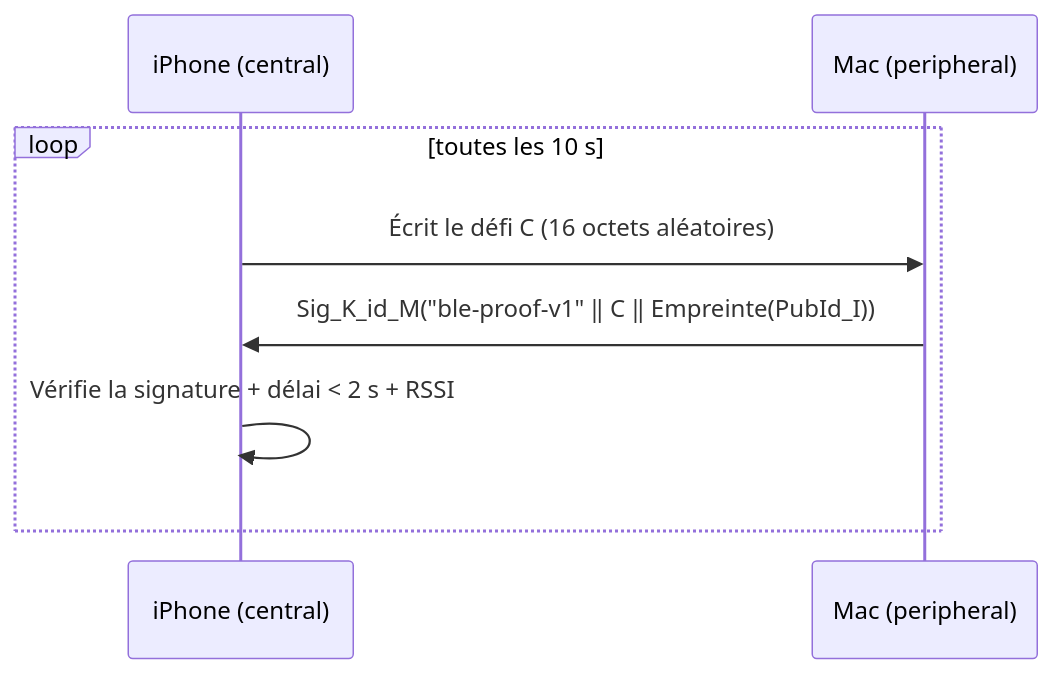
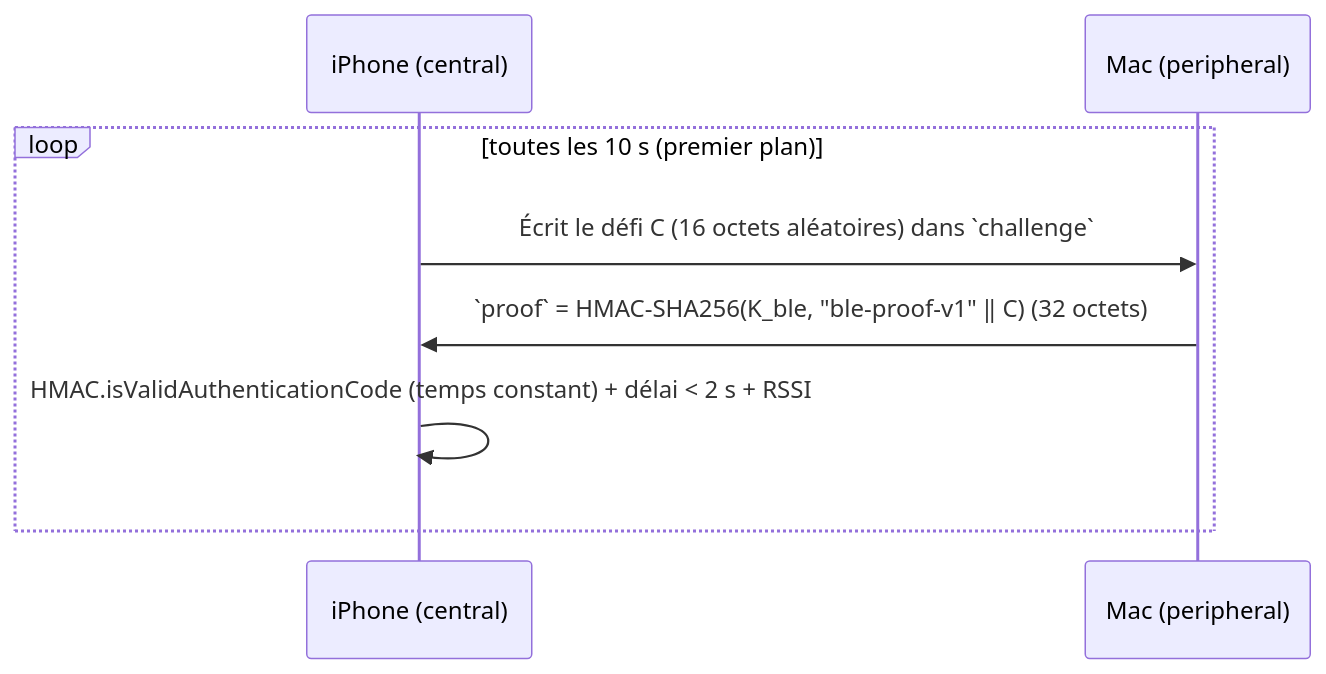
The fifth of 6 diagrams in docs/J2-architecture.md (Br4tha/RobAir), drawn with Mermaid before and after one commit. The commit also changed other lines of this file and 3 other files, not shown here.

````diff
--- a/docs/J2-architecture.md
+++ b/docs/J2-architecture.md
@@ -172,10 +241,10 @@
 ```mermaid
 sequenceDiagram
     participant I as iPhone (central)
     participant M as Mac (peripheral)
-    loop toutes les 10 s
-        I->>M: Écrit le défi C (16 octets aléatoires)
-        M->>I: Sig_K_id_M("ble-proof-v1" ‖ C ‖ Empreinte(PubId_I))
-        I->>I: Vérifie la signature + délai < 2 s + RSSI
+    loop toutes les 10 s (premier plan)
+        I->>M: Écrit le défi C (16 octets aléatoires) dans `challenge`
+        M->>I: `proof` = HMAC-SHA256(K_ble, "ble-proof-v1" ‖ C) (32 octets)
+        I->>I: HMAC.isValidAuthenticationCode (temps constant) + délai < 2 s + RSSI
     end
 ```
````
